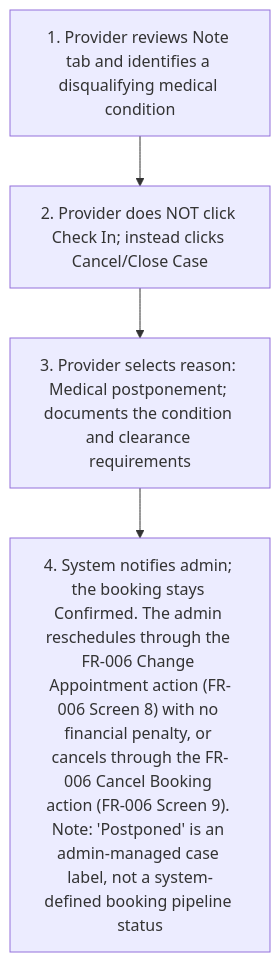
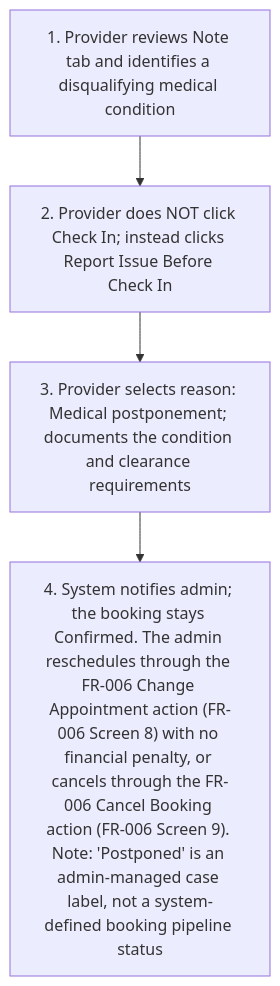
The fifth of 9 diagrams in project-requirements/functional-requirements/fr010-treatment-execution/prd.md (joachimtrungtuan/hairline-pm-docs), drawn with Mermaid before and after one commit. The commit also changed other lines of this file and 40 other files, not shown here.

````diff
--- a/project-requirements/functional-requirements/fr010-treatment-execution/prd.md
+++ b/project-requirements/functional-requirements/fr010-treatment-execution/prd.md
@@ -185,7 +185,7 @@
 ```mermaid
 flowchart TD
   B2S1["1. Provider reviews Note tab and identifies a disqualifying medical condition"] --> B2S2
-  B2S2["2. Provider does NOT click Check In; instead clicks Cancel/Close Case"] --> B2S3
+  B2S2["2. Provider does NOT click Check In; instead clicks Report Issue Before Check In"] --> B2S3
   B2S3["3. Provider selects reason: Medical postponement; documents the condition and clearance requirements"] --> B2S4
   B2S4["4. System notifies admin; the booking stays Confirmed. The admin reschedules through the FR-006 Change Appointment action (FR-006 Screen 8) with no financial penalty, or cancels through the FR-006 Cancel Booking action (FR-006 Screen 9). Note: 'Postponed' is an admin-managed case label, not a system-defined booking pipeline status"]
 ```
````
